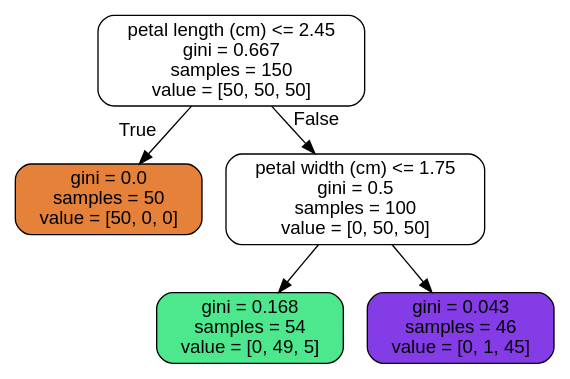
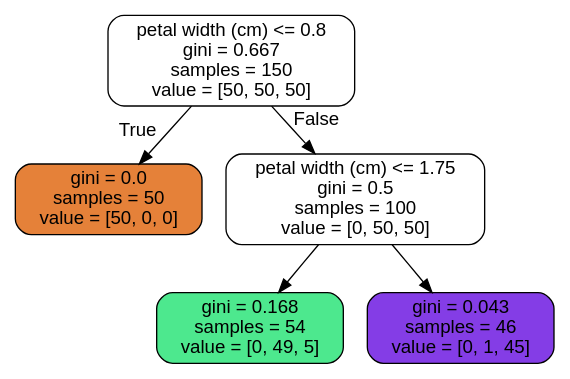
The diagram in handson/06_decision_trees/images/iris_tree.dot (jcisarano/tensorflow_practice), drawn with Graphviz before and after one commit. The commit also changed 7 other files, not shown here.

Commit message:
move graphviz stuff to visualization library

```diff
--- a/handson/06_decision_trees/images/iris_tree.dot
+++ b/handson/06_decision_trees/images/iris_tree.dot
@@ -1,13 +1,13 @@
 digraph Tree {
 node [shape=box, style="filled, rounded", color="black", fontname="helvetica"] ;
 edge [fontname="helvetica"] ;
-0 [label="petal length (cm) <= 2.45\ngini = 0.667\nsamples = 150\nvalue = [50, 50, 50]", fillcolor="#ffffff"] ;
+0 [label="petal width (cm) <= 0.8\ngini = 0.667\nsamples = 150\nvalue = [50, 50, 50]", fillcolor="#ffffff"] ;
 1 [label="gini = 0.0\nsamples = 50\nvalue = [50, 0, 0]", fillcolor="#e58139"] ;
 0 -> 1 [labeldistance=2.5, labelangle=45, headlabel="True"] ;
 2 [label="petal width (cm) <= 1.75\ngini = 0.5\nsamples = 100\nvalue = [0, 50, 50]", fillcolor="#ffffff"] ;
 0 -> 2 [labeldistance=2.5, labelangle=-45, headlabel="False"] ;
 3 [label="gini = 0.168\nsamples = 54\nvalue = [0, 49, 5]", fillcolor="#4de88e"] ;
 2 -> 3 ;
 4 [label="gini = 0.043\nsamples = 46\nvalue = [0, 1, 45]", fillcolor="#843de6"] ;
 2 -> 4 ;
 }
```
